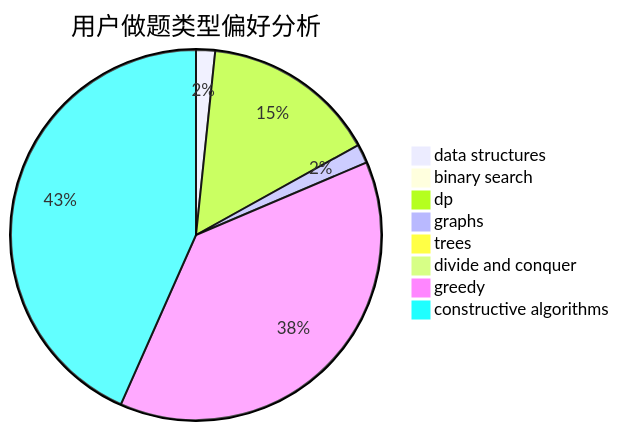
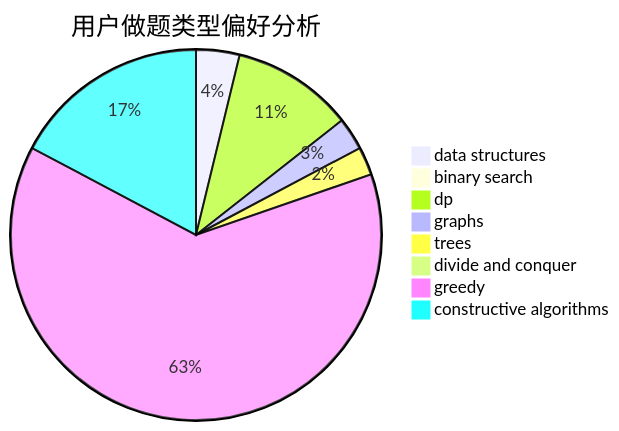
One commit to sherpahu/cfrs.github.io changed the second of 3 diagrams in docs/user/u2253.md. Above: the diagram before and after it, drawn with Mermaid. The commit also changed other lines of this file and 2770 other files, not shown here.

````diff
--- a/docs/user/u2253.md
+++ b/docs/user/u2253.md
@@ -23,11 +23,11 @@
 ```mermaid
 pie title 用户做题类型偏好分析
-    "data structures" :  10
-    "binary search" :  2
-    "dp" :  92
-    "graphs" :  10
-    "trees" :  6
+    "data structures" :  20
+    "binary search" :  3
+    "dp" :  56
+    "graphs" :  15
+    "trees" :  13
     "divide and conquer" :  0
-    "greedy" :  229
-    "constructive algorithms" :  261
+    "greedy" :  333
+    "constructive algorithms" :  91
 ```
````
